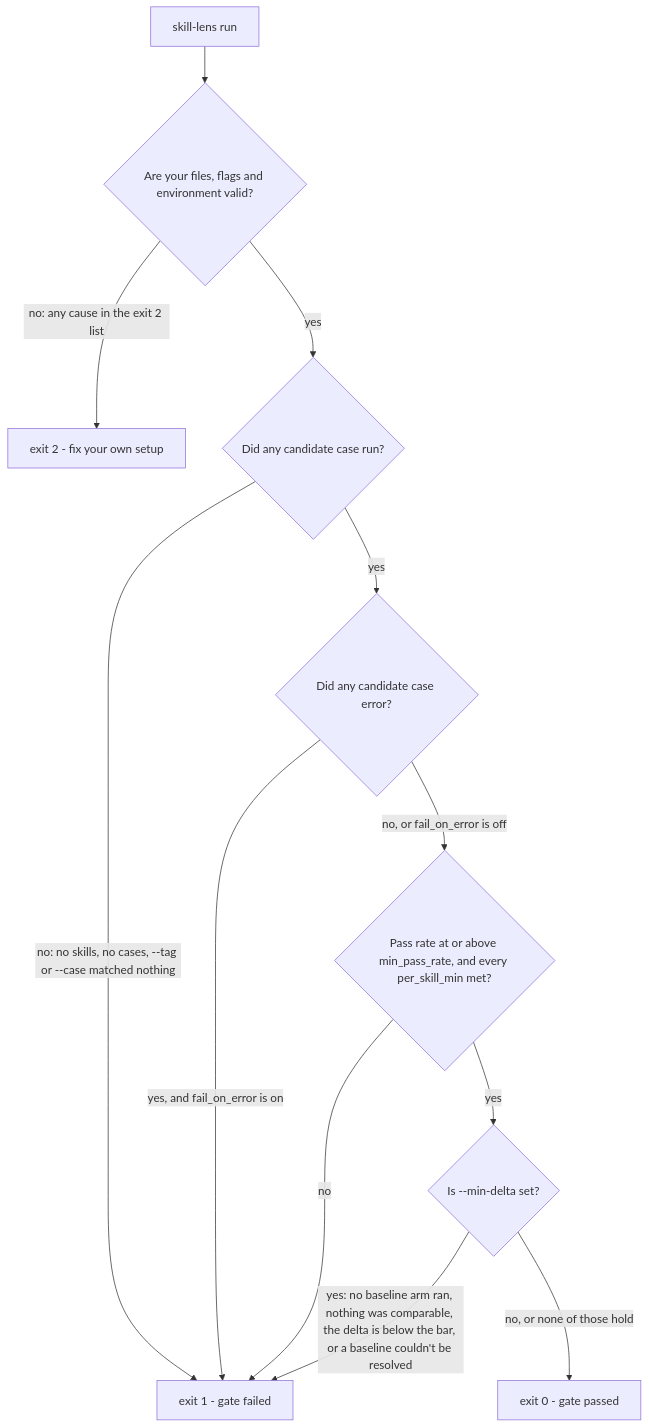
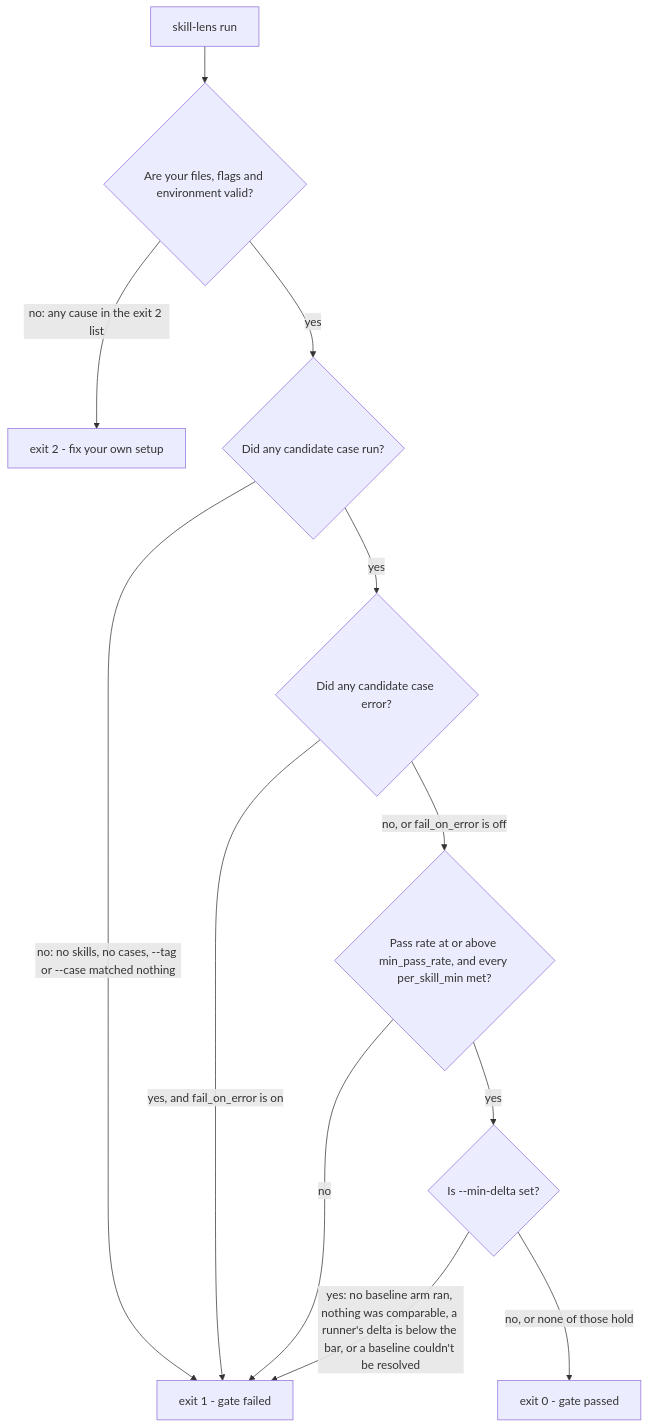
Before and after one commit to EmadMokhtar/skill-evaluator: the diagram in docs/gating.md, drawn with Mermaid. The commit also changed other lines of this file and 14 other files, not shown here.

First line of the commit message:
fix: report the comparison delta per runner, not mixed across runners (#114)

````diff
--- a/docs/gating.md
+++ b/docs/gating.md
@@ -12,14 +12,14 @@
 ```mermaid
 flowchart TD
     START["skill-lens run"] --> AUTH{"Are your files, flags and environment valid?"}
     AUTH -->|"no: any cause in the exit 2 list"| E2["exit 2 - fix your own setup"]
     AUTH -->|yes| RAN{"Did any candidate case run?"}
     RAN -->|"no: no skills, no cases, --tag or --case matched nothing"| E1["exit 1 - gate failed"]
     RAN -->|yes| ERR{"Did any candidate case error?"}
     ERR -->|"yes, and fail_on_error is on"| E1
     ERR -->|"no, or fail_on_error is off"| RATE{"Pass rate at or above min_pass_rate, and every per_skill_min met?"}
     RATE -->|no| E1
     RATE -->|yes| DELTA{"Is --min-delta set?"}
-    DELTA -->|"yes: no baseline arm ran, nothing was comparable, the delta is below the bar, or a baseline couldn't be resolved"| E1
+    DELTA -->|"yes: no baseline arm ran, nothing was comparable, a runner's delta is below the bar, or a baseline couldn't be resolved"| E1
     DELTA -->|"no, or none of those hold"| E0["exit 0 - gate passed"]
 ```
````
